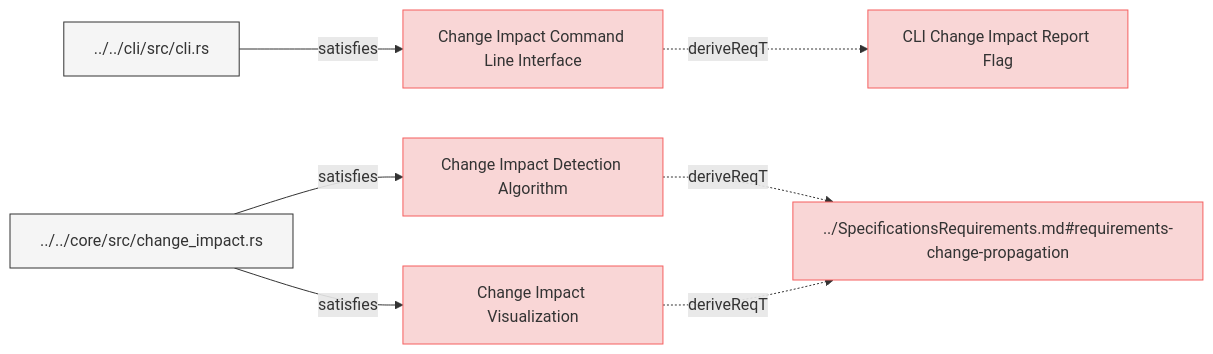
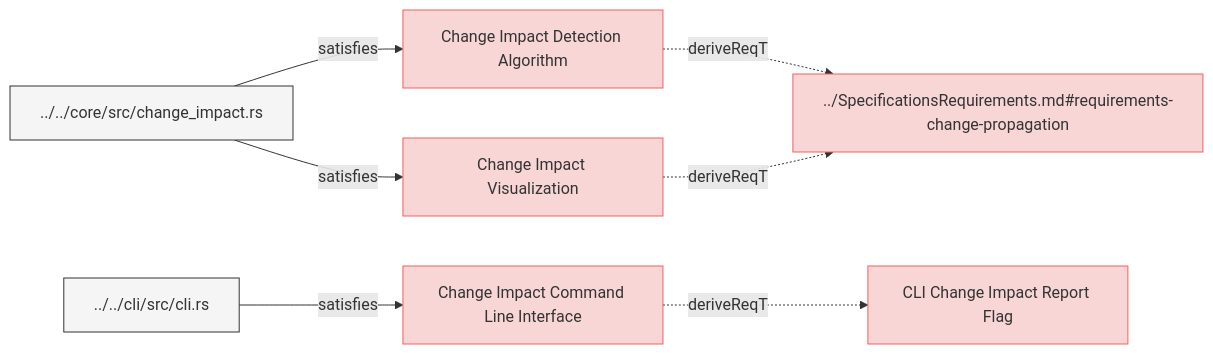
The diagram in specifications/SystemRequirements/ChangeImpactPropagation.md (reqvire-org/reqvire), drawn with Mermaid before and after one commit. The commit also changed 15 other files, not shown here.

Commit message:
Linted and new diagrams generated.

````diff
--- a/specifications/SystemRequirements/ChangeImpactPropagation.md
+++ b/specifications/SystemRequirements/ChangeImpactPropagation.md
@@ -6,36 +6,36 @@
 ```mermaid
 graph LR;
   %% Graph styling
   classDef requirement fill:#f9d6d6,stroke:#f55f5f,stroke-width:1px;
   classDef verification fill:#d6f9d6,stroke:#5fd75f,stroke-width:1px;
   classDef externalLink fill:#d0e0ff,stroke:#3080ff,stroke-width:1px;
   classDef default fill:#f5f5f5,stroke:#333333,stroke-width:1px;
 
+  d46f18156c13fc62["Change Impact Detection Algorithm"];
+  click d46f18156c13fc62 "https://github.com/Reqvire/reqvire/blob/b8c43d2689b933838bf1838d8a4cdf3393c9014f/specifications/SystemRequirements/ChangeImpactPropagation.md#change-impact-detection-algorithm";
+  class d46f18156c13fc62 requirement;
+  d914e938be7e0abf["../SpecificationsRequirements.md#requirements-change-propagation"];
+  class d914e938be7e0abf requirement;
+  click d914e938be7e0abf "https://github.com/Reqvire/reqvire/blob/b8c43d2689b933838bf1838d8a4cdf3393c9014f/specifications/SpecificationsRequirements.md#requirements-change-propagation";
+  d46f18156c13fc62 -.->|deriveReqT| d914e938be7e0abf;
+  76acbdfdc0fba01e["../../core/src/change_impact.rs"];
+  class 76acbdfdc0fba01e default;
+  click 76acbdfdc0fba01e "https://github.com/Reqvire/reqvire/blob/b8c43d2689b933838bf1838d8a4cdf3393c9014f/core/src/change_impact.rs";
+  76acbdfdc0fba01e -->|satisfies| d46f18156c13fc62;
+  b5f53f632fafec7e["Change Impact Visualization"];
+  click b5f53f632fafec7e "https://github.com/Reqvire/reqvire/blob/b8c43d2689b933838bf1838d8a4cdf3393c9014f/specifications/SystemRequirements/ChangeImpactPropagation.md#change-impact-visualization";
+  class b5f53f632fafec7e requirement;
+  b5f53f632fafec7e -.->|deriveReqT| d914e938be7e0abf;
+  76acbdfdc0fba01e -->|satisfies| b5f53f632fafec7e;
   df07168dd5bc52f5["Change Impact Command Line Interface"];
-  click df07168dd5bc52f5 "https://github.com/Reqvire/reqvire/blob/f18e52f9f88c64f67a79abc4e93eb74b3ec22615/specifications/SystemRequirements/ChangeImpactPropagation.md#change-impact-command-line-interface";
+  click df07168dd5bc52f5 "https://github.com/Reqvire/reqvire/blob/b8c43d2689b933838bf1838d8a4cdf3393c9014f/specifications/SystemRequirements/ChangeImpactPropagation.md#change-impact-command-line-interface";
   class df07168dd5bc52f5 requirement;
   c020978403254f09["CLI Change Impact Report Flag"];
   class c020978403254f09 requirement;
-  click c020978403254f09 "https://github.com/Reqvire/reqvire/blob/f18e52f9f88c64f67a79abc4e93eb74b3ec22615/specifications/SystemRequirements/Requirements.md#cli-change-impact-report-flag";
+  click c020978403254f09 "https://github.com/Reqvire/reqvire/blob/b8c43d2689b933838bf1838d8a4cdf3393c9014f/specifications/SystemRequirements/Requirements.md#cli-change-impact-report-flag";
   df07168dd5bc52f5 -.->|deriveReqT| c020978403254f09;
   2f21d2133dbfd205["../../cli/src/cli.rs"];
   class 2f21d2133dbfd205 default;
-  click 2f21d2133dbfd205 "https://github.com/Reqvire/reqvire/blob/f18e52f9f88c64f67a79abc4e93eb74b3ec22615/cli/src/cli.rs";
+  click 2f21d2133dbfd205 "https://github.com/Reqvire/reqvire/blob/b8c43d2689b933838bf1838d8a4cdf3393c9014f/cli/src/cli.rs";
   2f21d2133dbfd205 -->|satisfies| df07168dd5bc52f5;
-  d46f18156c13fc62["Change Impact Detection Algorithm"];
-  click d46f18156c13fc62 "https://github.com/Reqvire/reqvire/blob/f18e52f9f88c64f67a79abc4e93eb74b3ec22615/specifications/SystemRequirements/ChangeImpactPropagation.md#change-impact-detection-algorithm";
-  class d46f18156c13fc62 requirement;
-  d914e938be7e0abf["../SpecificationsRequirements.md#requirements-change-propagation"];
-  class d914e938be7e0abf requirement;
-  click d914e938be7e0abf "https://github.com/Reqvire/reqvire/blob/f18e52f9f88c64f67a79abc4e93eb74b3ec22615/specifications/SpecificationsRequirements.md#requirements-change-propagation";
-  d46f18156c13fc62 -.->|deriveReqT| d914e938be7e0abf;
-  76acbdfdc0fba01e["../../core/src/change_impact.rs"];
-  class 76acbdfdc0fba01e default;
-  click 76acbdfdc0fba01e "https://github.com/Reqvire/reqvire/blob/f18e52f9f88c64f67a79abc4e93eb74b3ec22615/core/src/change_impact.rs";
-  76acbdfdc0fba01e -->|satisfies| d46f18156c13fc62;
-  b5f53f632fafec7e["Change Impact Visualization"];
-  click b5f53f632fafec7e "https://github.com/Reqvire/reqvire/blob/f18e52f9f88c64f67a79abc4e93eb74b3ec22615/specifications/SystemRequirements/ChangeImpactPropagation.md#change-impact-visualization";
-  class b5f53f632fafec7e requirement;
-  b5f53f632fafec7e -.->|deriveReqT| d914e938be7e0abf;
-  76acbdfdc0fba01e -->|satisfies| b5f53f632fafec7e;
 ```
````
